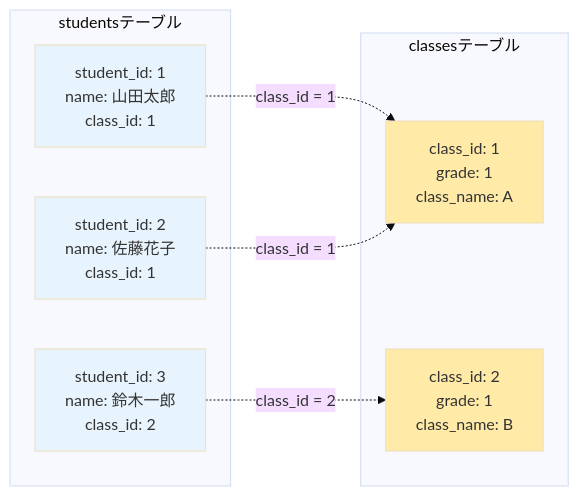
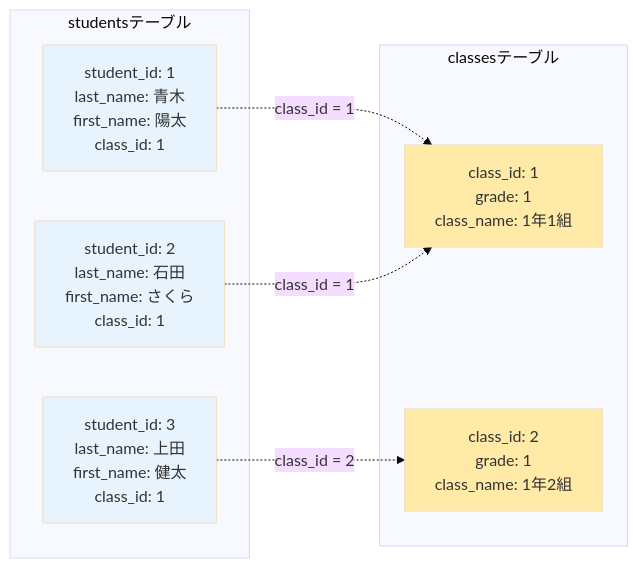
One commit to tokibito/techramen-2025-workshop changed the first of 2 diagrams in docs/source/03-join.rst. Above: the diagram before and after it, drawn with Mermaid (base theme). The commit also changed other lines of this file and 3 other files, not shown here.

Commit message:
last_name, first_nameを使うように修正

```diff
--- a/docs/source/03-join.rst
+++ b/docs/source/03-join.rst
@@ -31,23 +31,23 @@
 .. mermaid::
 
    graph LR
        subgraph "studentsテーブル"
-           S1[student_id: 1<br/>name: 山田太郎<br/>class_id: 1]
-           S2[student_id: 2<br/>name: 佐藤花子<br/>class_id: 1]
-           S3[student_id: 3<br/>name: 鈴木一郎<br/>class_id: 2]
+           S1[student_id: 1<br/>last_name: 青木<br/>first_name: 陽太<br/>class_id: 1]
+           S2[student_id: 2<br/>last_name: 石田<br/>first_name: さくら<br/>class_id: 1]
+           S3[student_id: 3<br/>last_name: 上田<br/>first_name: 健太<br/>class_id: 1]
        end
 
        subgraph "classesテーブル"
-           C1[class_id: 1<br/>grade: 1<br/>class_name: A]
-           C2[class_id: 2<br/>grade: 1<br/>class_name: B]
+           C1[class_id: 1<br/>grade: 1<br/>class_name: 1年1組]
+           C2[class_id: 2<br/>grade: 1<br/>class_name: 1年2組]
        end
 
        S1 -.->|class_id = 1| C1
        S2 -.->|class_id = 1| C1
        S3 -.->|class_id = 2| C2
 
        style S1 fill:#e8f4fd
        style S2 fill:#e8f4fd
        style S3 fill:#e8f4fd
        style C1 fill:#ffeaa7
        style C2 fill:#ffeaa7
```
